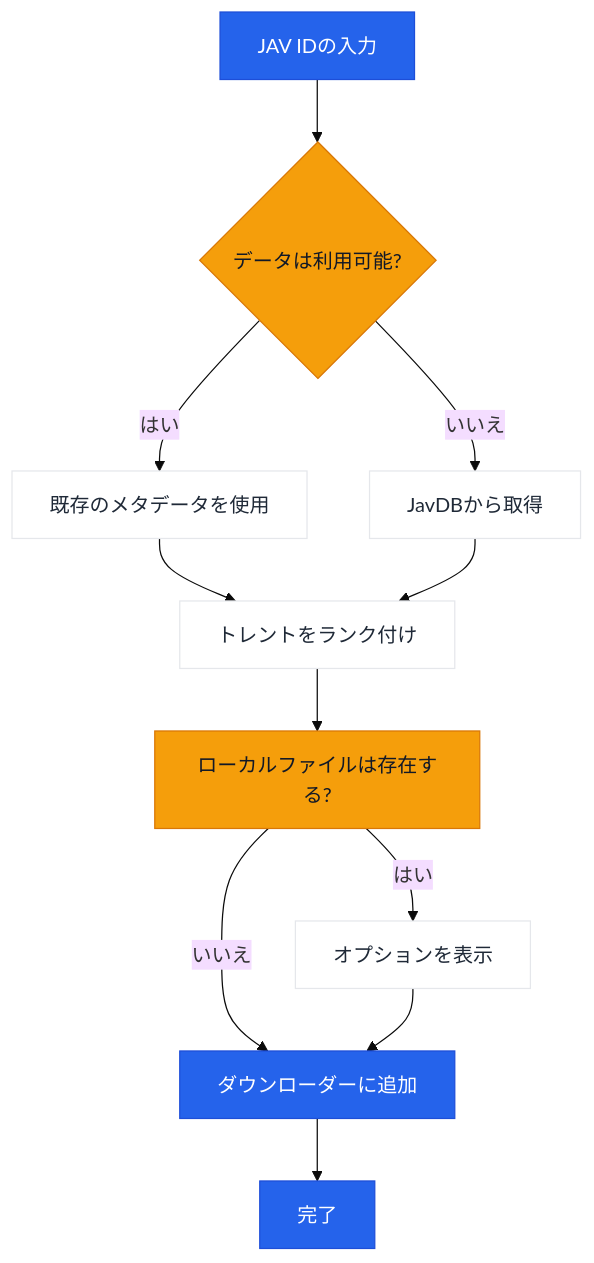
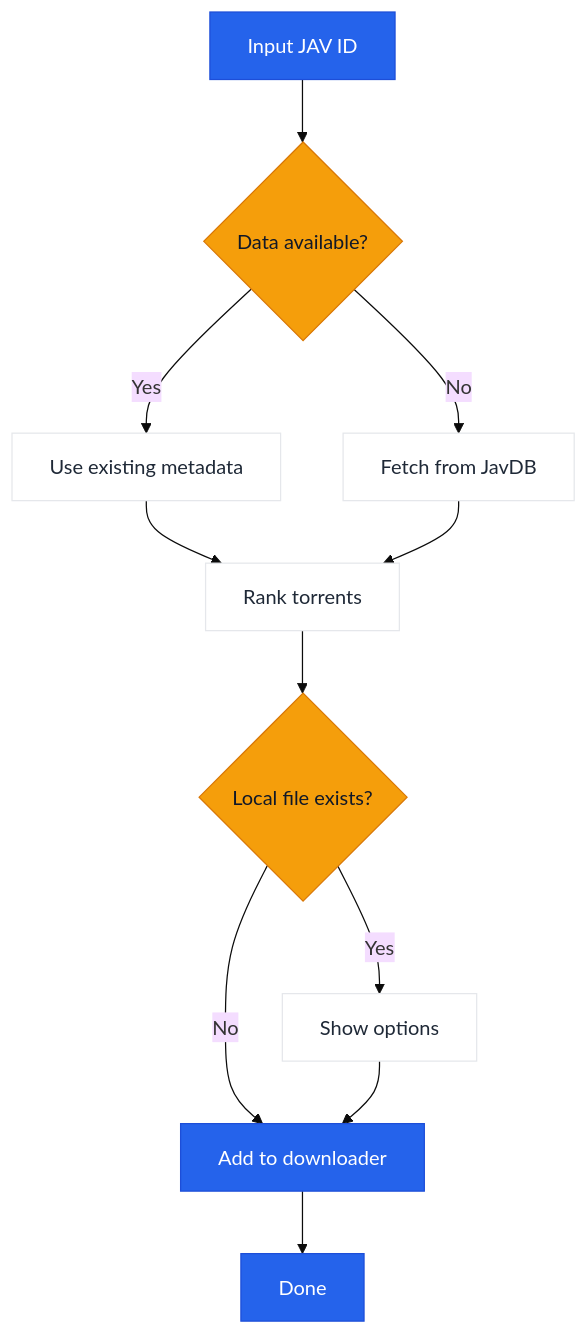
The diagram in README.ja.md (jqknono/jav-manager), drawn with Mermaid (base theme) before and after one commit. The commit also changed other lines of this file and 26 other files, not shown here.

````diff
--- a/README.ja.md
+++ b/README.ja.md
@@ -19,21 +21,21 @@
 ```mermaid
 flowchart TD
-    A[JAV IDの入力] --> B{データは利用可能?}
-    B -->|はい| C[既存のメタデータを使用]
-    B -->|いいえ| D[JavDBから取得]
-    C --> E[トレントをランク付け]
+    A[Input JAV ID] --> B{Data available?}
+    B -->|Yes| C[Use existing metadata]
+    B -->|No| D[Fetch from JavDB]
+    C --> E[Rank torrents]
     D --> E
-    E --> F[ローカルファイルは存在する?]
-    F -->|はい| G[オプションを表示]
-    F -->|いいえ| H[ダウンローダーに追加]
+    E --> F{Local file exists?}
+    F -->|Yes| G[Show options]
+    F -->|No| H[Add to downloader]
     G --> H
-    H --> I[完了]
+    H --> I[Done]
 
     classDef primary fill:#2563eb,stroke:#1d4ed8,color:#ffffff;
     classDef decision fill:#f59e0b,stroke:#d97706,color:#111827;
     classDef neutral fill:#ffffff,stroke:#e5e7eb,color:#1f2937;
 
     class A,H,I primary;
     class B,F decision;
     class C,D,E,G neutral;
 ```
````
